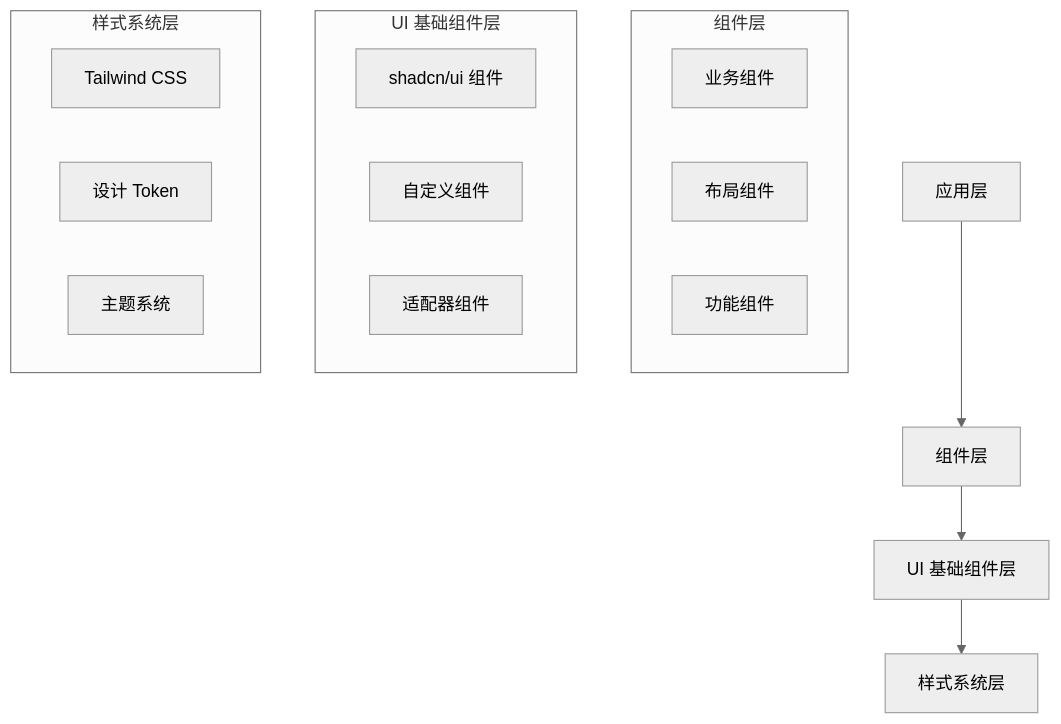
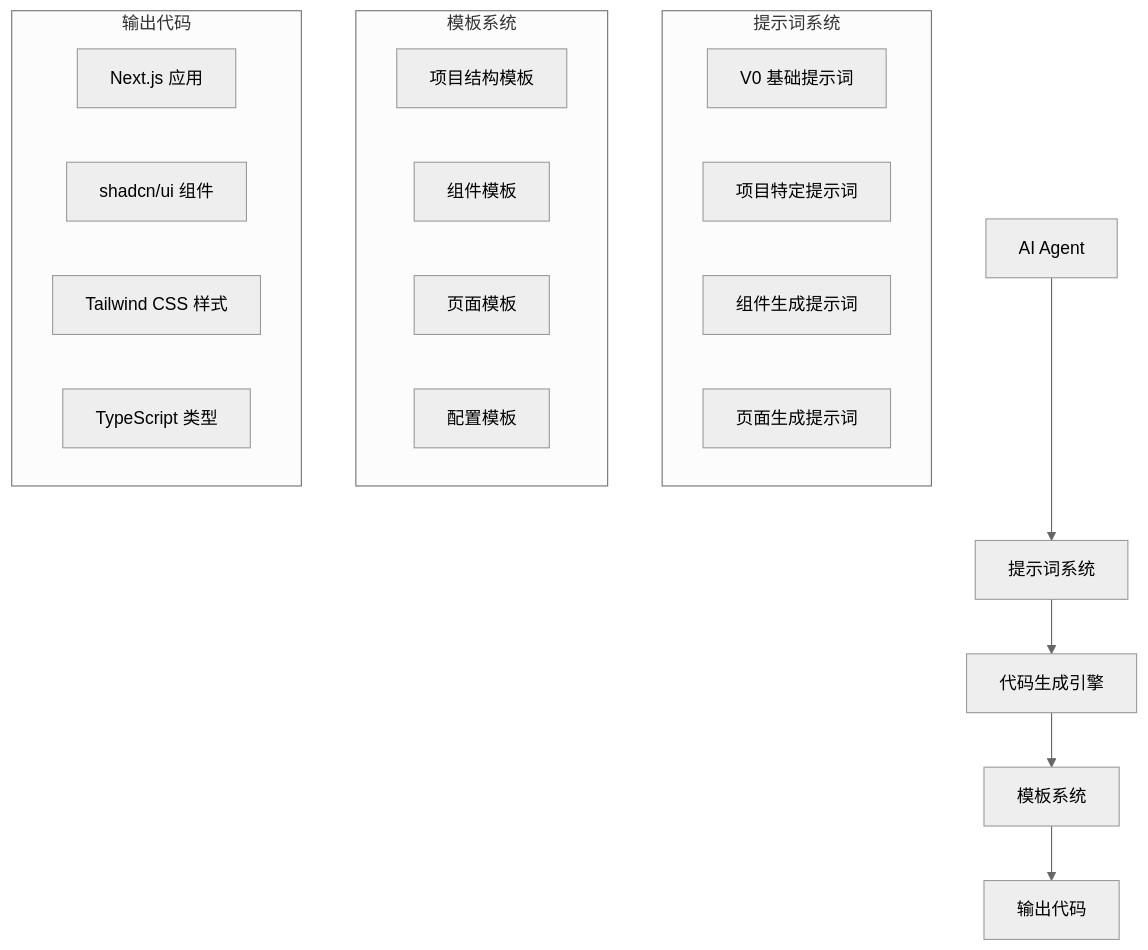
One commit to dongdada29/antd-next-demo changed the first of 2 diagrams in .kiro/specs/shadcn-migration/design.md. Above: the diagram before and after it, drawn with Mermaid (neutral theme). The commit also changed other lines of this file and 34 other files, not shown here.

First line of the commit message:
feat: implement shadcn/ui migration with AI agent optimization

````diff
--- a/.kiro/specs/shadcn-migration/design.md
+++ b/.kiro/specs/shadcn-migration/design.md
@@ -11,24 +18,28 @@
 ```mermaid
 graph TB
-    A[应用层] --> B[组件层]
-    B --> C[UI 基础组件层]
-    C --> D[样式系统层]
+    A[AI Agent] --> B[提示词系统]
+    B --> C[代码生成引擎]
+    C --> D[模板系统]
+    D --> E[输出代码]
     
-    subgraph "组件层"
-        B1[业务组件]
-        B2[布局组件]
-        B3[功能组件]
+    subgraph "提示词系统"
+        B1[V0 基础提示词]
+        B2[项目特定提示词]
+        B3[组件生成提示词]
+        B4[页面生成提示词]
     end
     
-    subgraph "UI 基础组件层"
-        C1[shadcn/ui 组件]
-        C2[自定义组件]
-        C3[适配器组件]
+    subgraph "模板系统"
+        D1[项目结构模板]
+        D2[组件模板]
+        D3[页面模板]
+        D4[配置模板]
     end
     
-    subgraph "样式系统层"
-        D1[Tailwind CSS]
-        D2[设计 Token]
-        D3[主题系统]
+    subgraph "输出代码"
+        E1[Next.js 应用]
+        E2[shadcn/ui 组件]
+        E3[Tailwind CSS 样式]
+        E4[TypeScript 类型]
     end
 ```
````
